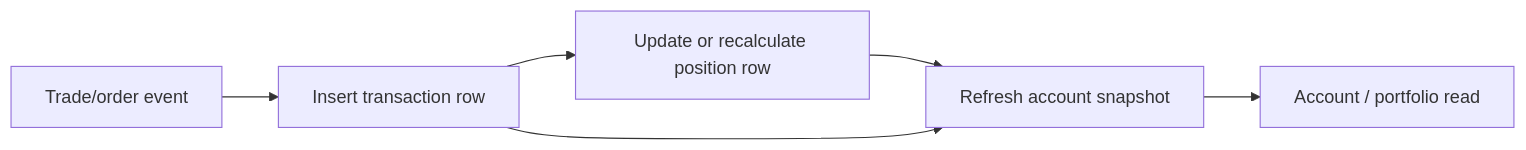
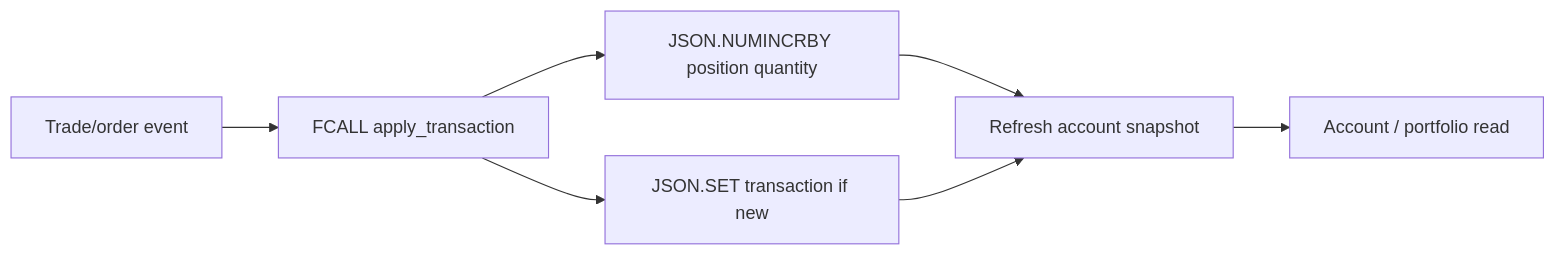
Before and after one commit to alberttwong/redis_financial_demo: the fourth of 4 diagrams in README.md, drawn with Mermaid. The commit also changed other lines of this file and 20 other files, not shown here.

Commit message:
Add atomic transaction position updates

````diff
--- a/README.md
+++ b/README.md
@@ -198,14 +231,16 @@
 ```mermaid
 flowchart LR
     ORDER["Trade/order event"]
-    TXN["Insert transaction row"]
-    POS["Update or recalculate position row"]
+    FCALL["FCALL apply_transaction"]
+    TXN["JSON.SET transaction if new"]
+    POS["JSON.NUMINCRBY position quantity"]
     SNAP["Refresh account snapshot"]
     READ["Account / portfolio read"]
 
-    ORDER --> TXN
-    TXN --> POS
+    ORDER --> FCALL
+    FCALL --> TXN
+    FCALL --> POS
     POS --> SNAP
     TXN --> SNAP
     SNAP --> READ
 ```
````
